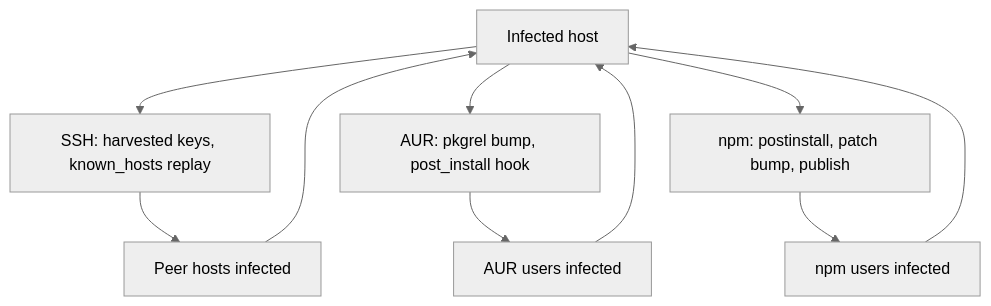
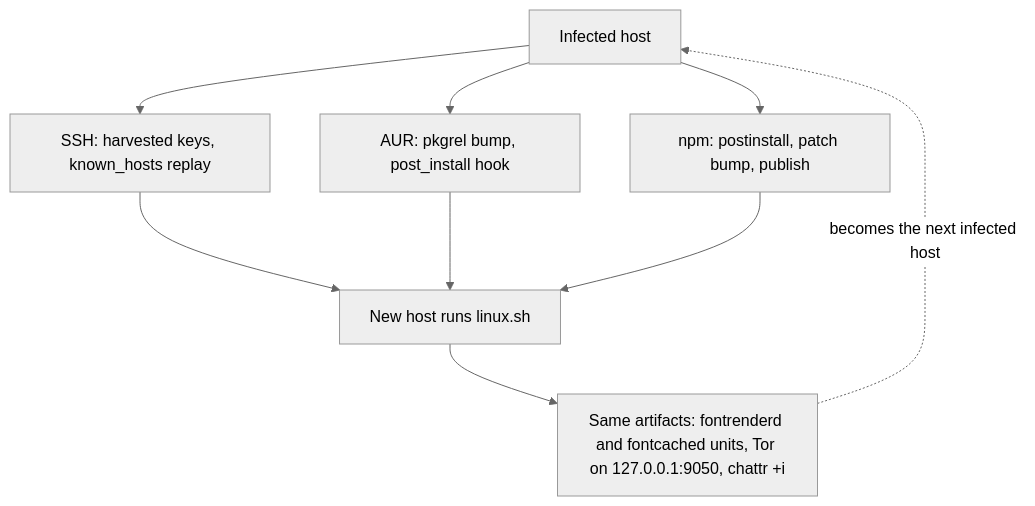
Before and after one commit to MindPatch/mindpatch.github.io: the second of 2 diagrams in src/content/blog/npm-worm-hiding-behind-web-archive.md, drawn with Mermaid (neutral theme). The commit also changed other lines of this file, not shown here.

````diff
--- a/src/content/blog/npm-worm-hiding-behind-web-archive.md
+++ b/src/content/blog/npm-worm-hiding-behind-web-archive.md
@@ -220,12 +238,11 @@
 ```mermaid
 flowchart TD
     I[Infected host] --> S["SSH: harvested keys, known_hosts replay"]
     I --> A["AUR: pkgrel bump, post_install hook"]
     I --> N["npm: postinstall, patch bump, publish"]
-    S --> H1["Peer hosts infected"]
-    A --> H2["AUR users infected"]
-    N --> H3["npm users infected"]
-    H1 --> I
-    H2 --> I
-    H3 --> I
+    S --> V["New host runs linux.sh"]
+    A --> V
+    N --> V
+    V --> F["Same artifacts: fontrenderd and fontcached units, Tor on 127.0.0.1:9050, chattr +i"]
+    F -.->|"becomes the next infected host"| I
 ```
````
